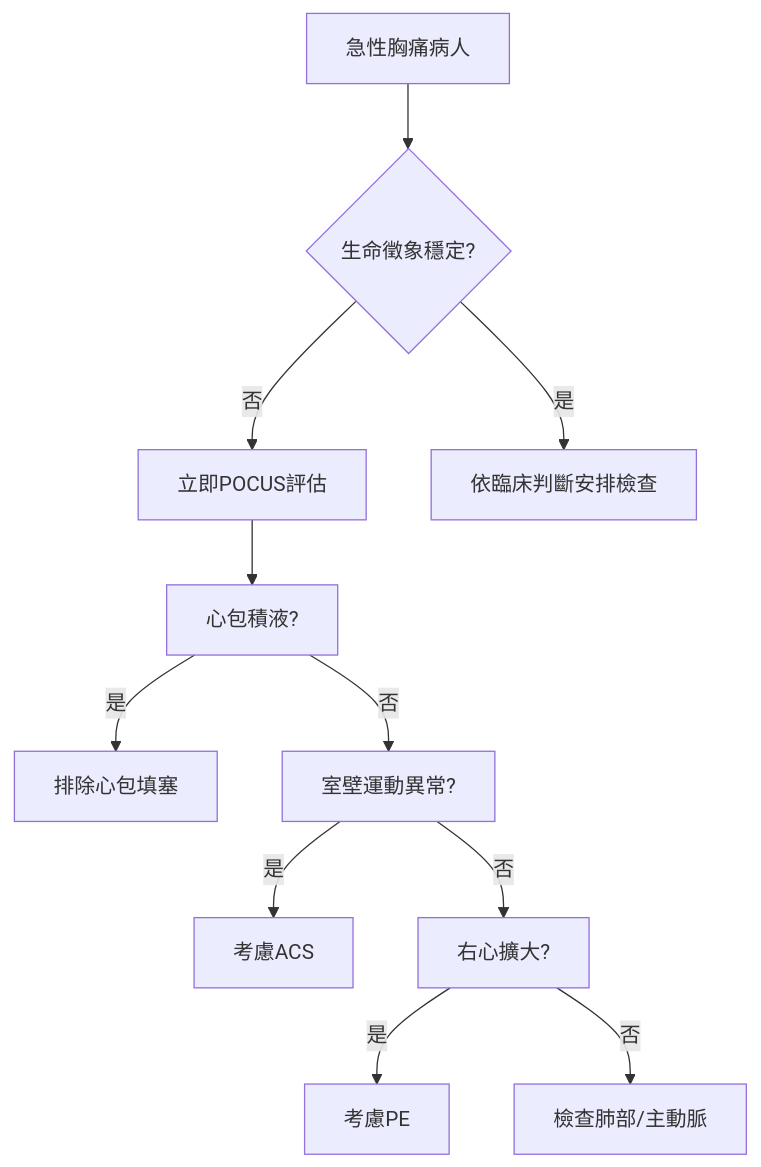
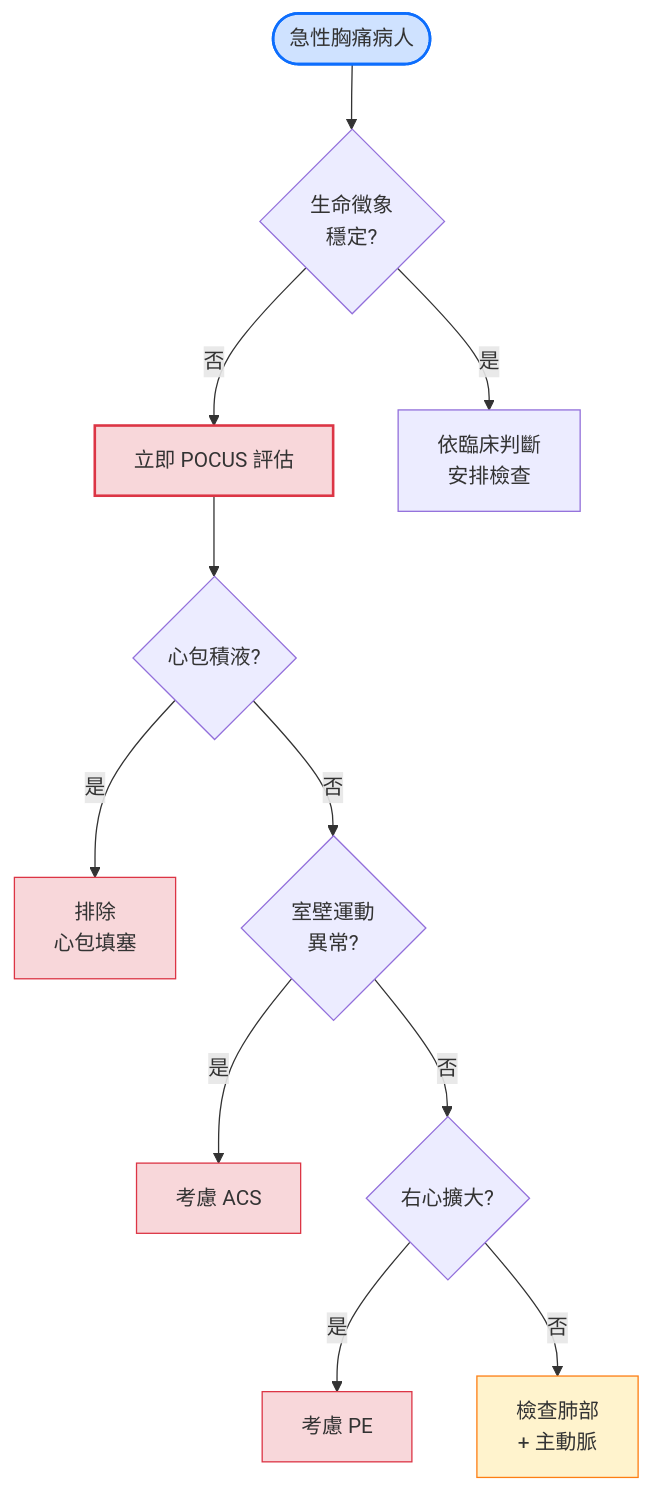
The diagram in chapters/01-chest-pain/03-diagnosis.qmd (drake1128/pocus), drawn with Mermaid before and after one commit. The commit also changed other lines of this file and 6 other files, not shown here.

````diff
--- a/chapters/01-chest-pain/03-diagnosis.qmd
+++ b/chapters/01-chest-pain/03-diagnosis.qmd
@@ -23,13 +35,20 @@
 ```{mermaid}
 flowchart TD
-    A[急性胸痛病人] --> B{生命徵象穩定?}
-    B -->|否| C[立即POCUS評估]
-    B -->|是| D[依臨床判斷安排檢查]
-    C --> E[心包積液?]
-    E -->|是| F[排除心包填塞]
-    E -->|否| G[室壁運動異常?]
-    G -->|是| H[考慮ACS]
-    G -->|否| I[右心擴大?]
-    I -->|是| J[考慮PE]
-    I -->|否| K[檢查肺部/主動脈]
+    A([急性胸痛病人]) --> B{生命徵象<br/>穩定?}
+    B -- 否 --> C[立即 POCUS 評估]
+    B -- 是 --> D[依臨床判斷<br/>安排檢查]
+    C --> E{心包積液?}
+    E -- 是 --> F[排除<br/>心包填塞]
+    E -- 否 --> G{室壁運動<br/>異常?}
+    G -- 是 --> H[考慮 ACS]
+    G -- 否 --> I{右心擴大?}
+    I -- 是 --> J[考慮 PE]
+    I -- 否 --> K[檢查肺部<br/>+ 主動脈]
+
+    style A fill:#cfe2ff,stroke:#0d6efd,stroke-width:2px
+    style C fill:#f8d7da,stroke:#dc3545,stroke-width:2px
+    style F fill:#f8d7da,stroke:#dc3545
+    style H fill:#f8d7da,stroke:#dc3545
+    style J fill:#f8d7da,stroke:#dc3545
+    style K fill:#fff3cd,stroke:#fd7e14
 ```
````
